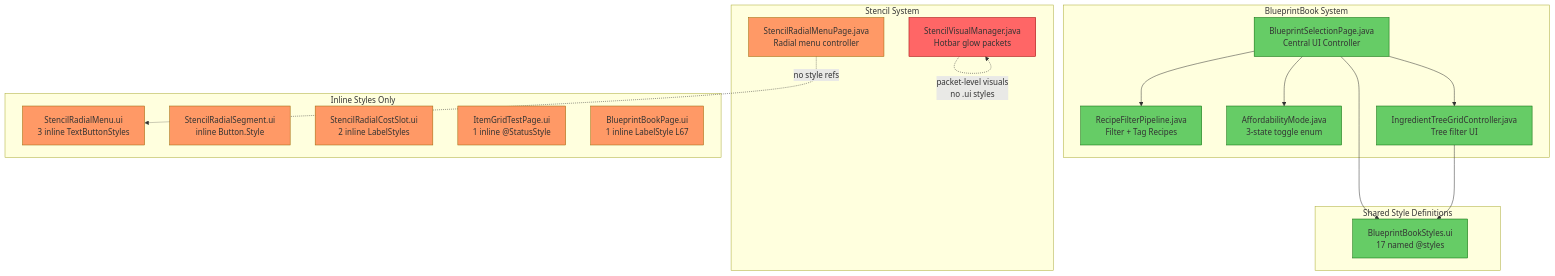
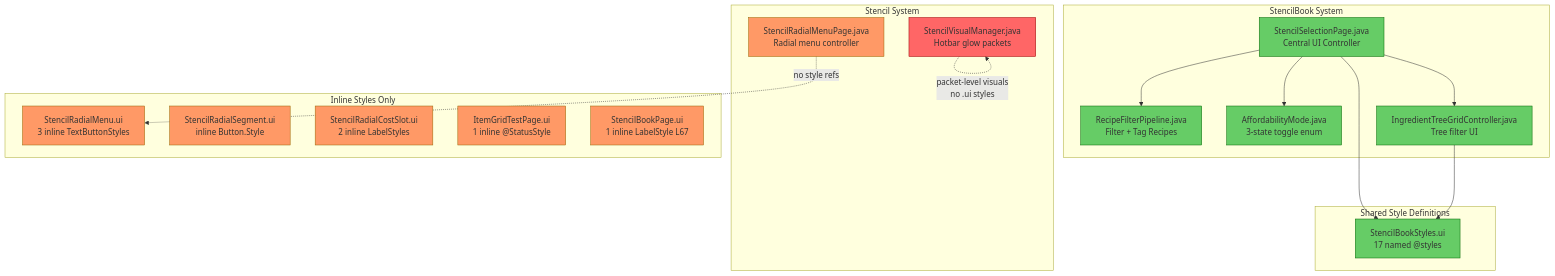
Before and after one commit to TheCodeCreature/Hytale-Example-Plugin: the first of 2 diagrams in docs/review-ui-styling-system.md, drawn with Mermaid. The commit also changed other lines of this file and 289 other files, not shown here.

````diff
--- a/docs/review-ui-styling-system.md
+++ b/docs/review-ui-styling-system.md
@@ -13,47 +13,47 @@
 ```mermaid
 graph TB
-    subgraph "BlueprintBook System"
-        BSP["BlueprintSelectionPage.java<br/>Central UI Controller"]
+    subgraph "StencilBook System"
+        BSP["StencilSelectionPage.java<br/>Central UI Controller"]
         RFP["RecipeFilterPipeline.java<br/>Filter + Tag Recipes"]
         AM["AffordabilityMode.java<br/>3-state toggle enum"]
         ITGC["IngredientTreeGridController.java<br/>Tree filter UI"]
     end
 
     subgraph "Stencil System"
         SRMP["StencilRadialMenuPage.java<br/>Radial menu controller"]
         SVM["StencilVisualManager.java<br/>Hotbar glow packets"]
     end
 
     subgraph "Shared Style Definitions"
-        BBS["BlueprintBookStyles.ui<br/>17 named @styles"]
+        BBS["StencilBookStyles.ui<br/>17 named @styles"]
     end
 
     subgraph "Inline Styles Only"
         SRM["StencilRadialMenu.ui<br/>3 inline TextButtonStyles"]
         SRS["StencilRadialSegment.ui<br/>inline Button.Style"]
         SRCS["StencilRadialCostSlot.ui<br/>2 inline LabelStyles"]
         IGT["ItemGridTestPage.ui<br/>1 inline @StatusStyle"]
-        BBP_IL["BlueprintBookPage.ui<br/>1 inline LabelStyle L67"]
+        BBP_IL["StencilBookPage.ui<br/>1 inline LabelStyle L67"]
     end
 
     BSP --> BBS
     BSP --> RFP
     BSP --> AM
     BSP --> ITGC
     ITGC --> BBS
     SRMP -.->|"no style refs"| SRM
     SVM -.->|"packet-level visuals<br/>no .ui styles"| SVM
 
     style BSP fill:#6c6,stroke:#060
     style BBS fill:#6c6,stroke:#060
     style RFP fill:#6c6,stroke:#060
     style AM fill:#6c6,stroke:#060
     style ITGC fill:#6c6,stroke:#060
     style SRM fill:#f96,stroke:#960
     style SRS fill:#f96,stroke:#960
     style SRCS fill:#f96,stroke:#960
     style SRMP fill:#f96,stroke:#960
     style SVM fill:#f66,stroke:#900
     style IGT fill:#f96,stroke:#960
     style BBP_IL fill:#f96,stroke:#960
 ```
````
